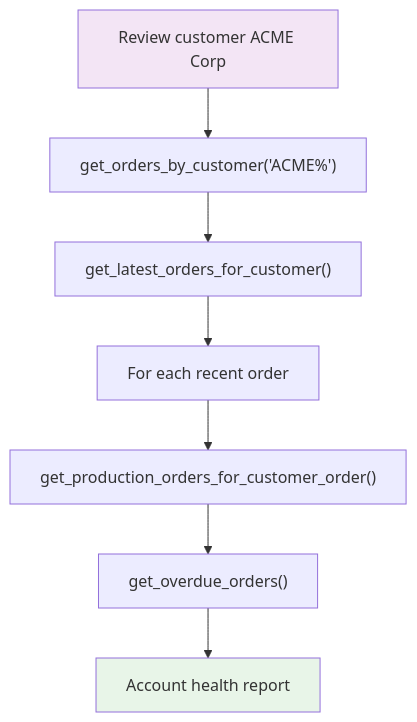
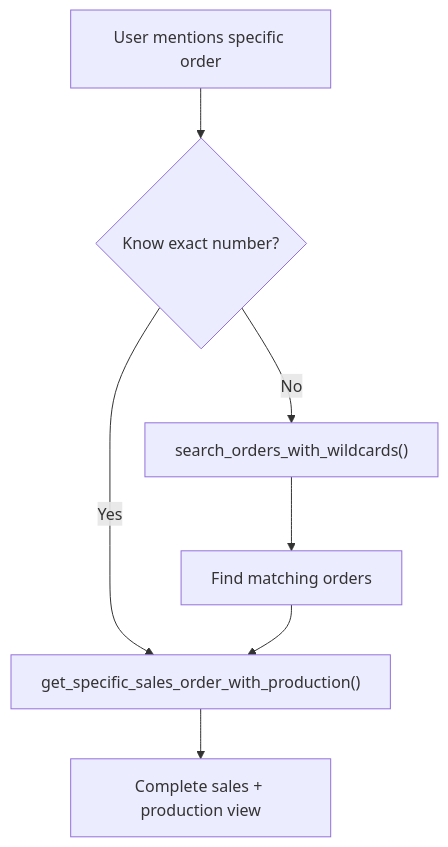
One commit to SheetMetalConnect/Oseon-MCP changed the second of 3 diagrams in docs/tools-reference.md. Above: the diagram before and after it, drawn with Mermaid. The commit also changed other lines of this file and 2 other files, not shown here.

````diff
--- a/docs/tools-reference.md
+++ b/docs/tools-reference.md
@@ -342,12 +395,10 @@
 ```mermaid
 flowchart TD
-    A["Review customer ACME Corp"] --> B["get_orders_by_customer('ACME%')"]
-    B --> C["get_latest_orders_for_customer()"]
-    C --> D["For each recent order"]
-    D --> E["get_production_orders_for_customer_order()"]
-    E --> F["get_overdue_orders()"]
-    F --> G["Account health report"]
+    A["User mentions specific order"] --> B{"Know exact number?"}
+    B -->|Yes| C["get_specific_sales_order_with_production()"]
+    B -->|No| D["search_orders_with_wildcards()"]
     
-    style A fill:#f3e5f5
-    style G fill:#e8f5e8
+    C --> E["Complete sales + production view"]
+    D --> F["Find matching orders"]
+    F --> C
 ```
````
